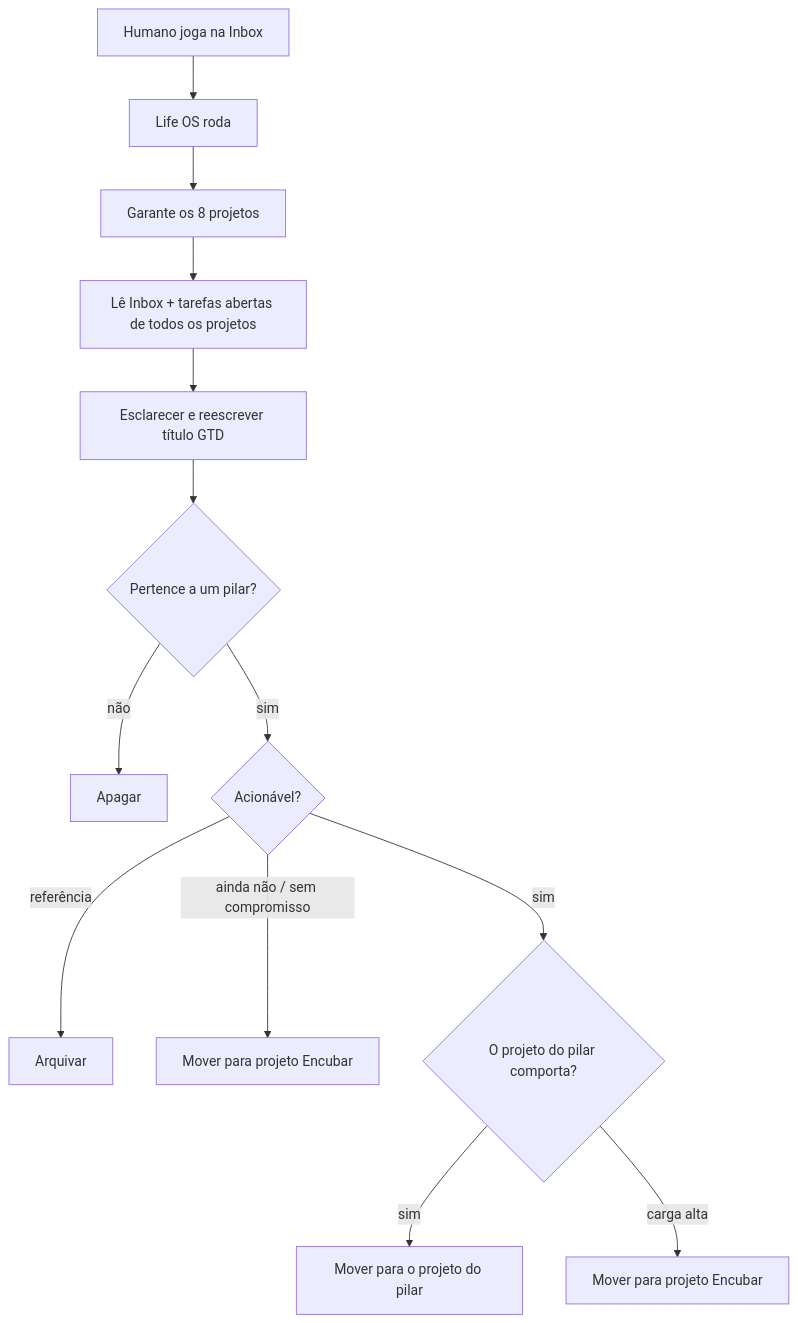
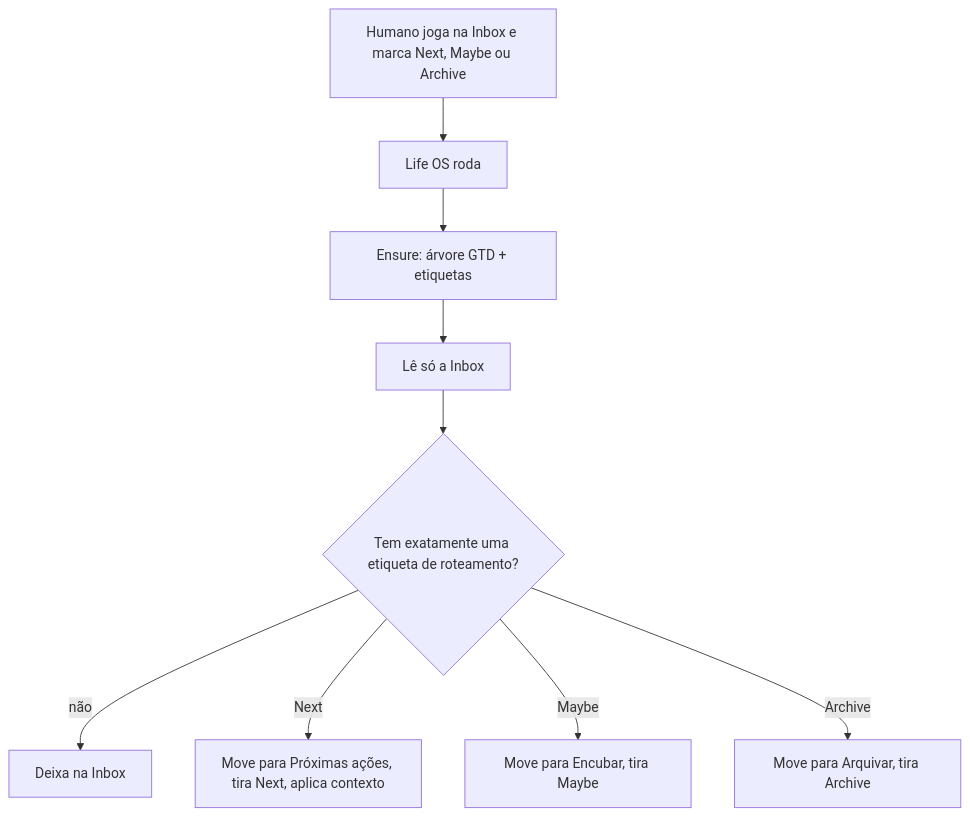
Before and after one commit to leandrobudaumoraes/MyLife: the diagram in docs/specs/01-todoist-fluxo.md, drawn with Mermaid. The commit also changed other lines of this file and 2 other files, not shown here.

Commit message:
Revise README and Todoist flow specification to clarify the contract and ensure GTD process. Update spec status and details on routing labels for better understanding of the workflow.

````diff
--- a/docs/specs/01-todoist-fluxo.md
+++ b/docs/specs/01-todoist-fluxo.md
@@ -71,15 +132,11 @@
 ```mermaid
 flowchart TB
-  H["Humano joga na Inbox"] --> RUN["Life OS roda"]
-  RUN --> ENSURE["Garante os 8 projetos"]
-  ENSURE --> CTX["Lê Inbox + tarefas abertas de todos os projetos"]
-  CTX --> GTD["Esclarecer e reescrever título GTD"]
-  GTD --> Q1{"Pertence a um pilar?"}
-  Q1 -->|não| DEL["Apagar"]
-  Q1 -->|sim| Q2{"Acionável?"}
-  Q2 -->|referência| ARQ["Arquivar"]
-  Q2 -->|ainda não / sem compromisso| ENC["Mover para projeto Encubar"]
-  Q2 -->|sim| Q3{"O projeto do pilar comporta?"}
-  Q3 -->|sim| PROJ["Mover para o projeto do pilar"]
-  Q3 -->|carga alta| ENC2["Mover para projeto Encubar"]
+  H["Humano joga na Inbox e marca Next, Maybe ou Archive"] --> RUN["Life OS roda"]
+  RUN --> ENSURE["Ensure: árvore GTD + etiquetas"]
+  ENSURE --> INBOX["Lê só a Inbox"]
+  INBOX --> FILTRO{"Tem exatamente uma etiqueta de roteamento?"}
+  FILTRO -->|não| SKIP["Deixa na Inbox"]
+  FILTRO -->|Next| NEXT["Move para Próximas ações, tira Next, aplica contexto"]
+  FILTRO -->|Maybe| MAYBE["Move para Encubar, tira Maybe"]
+  FILTRO -->|Archive| ARQ["Move para Arquivar, tira Archive"]
 ```
````
